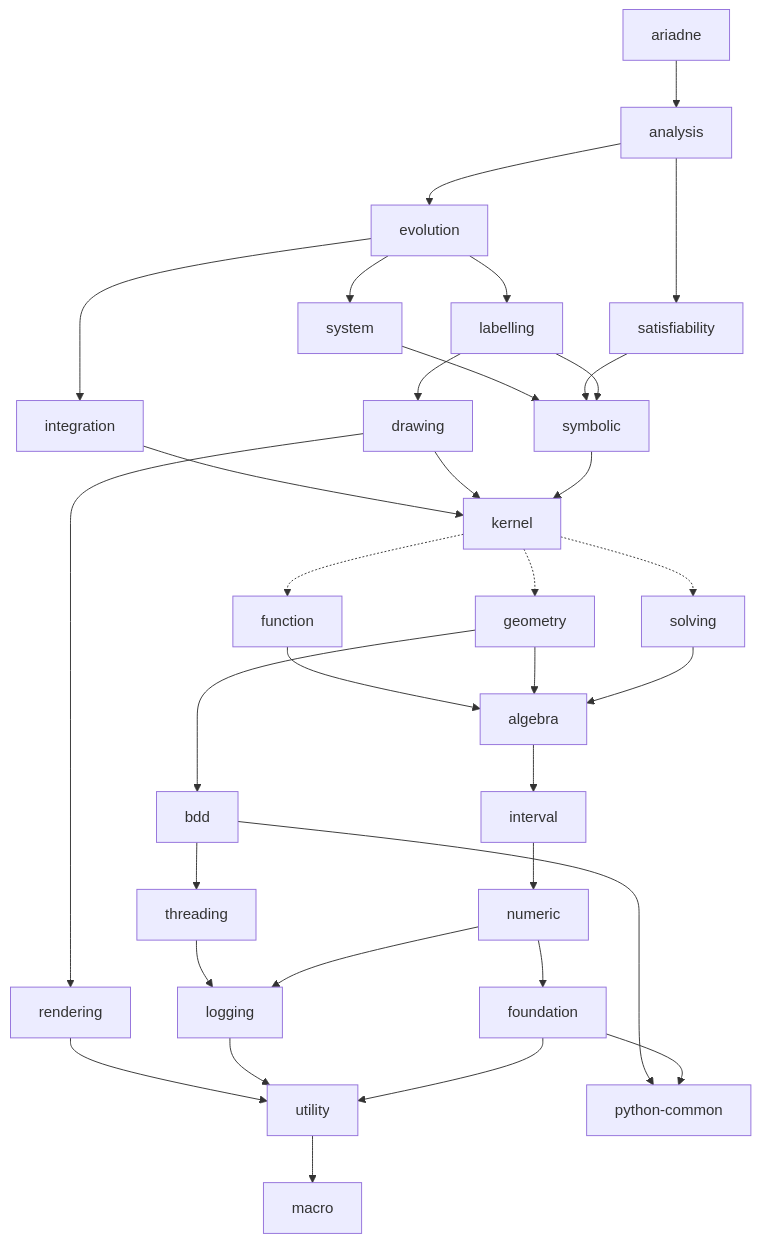
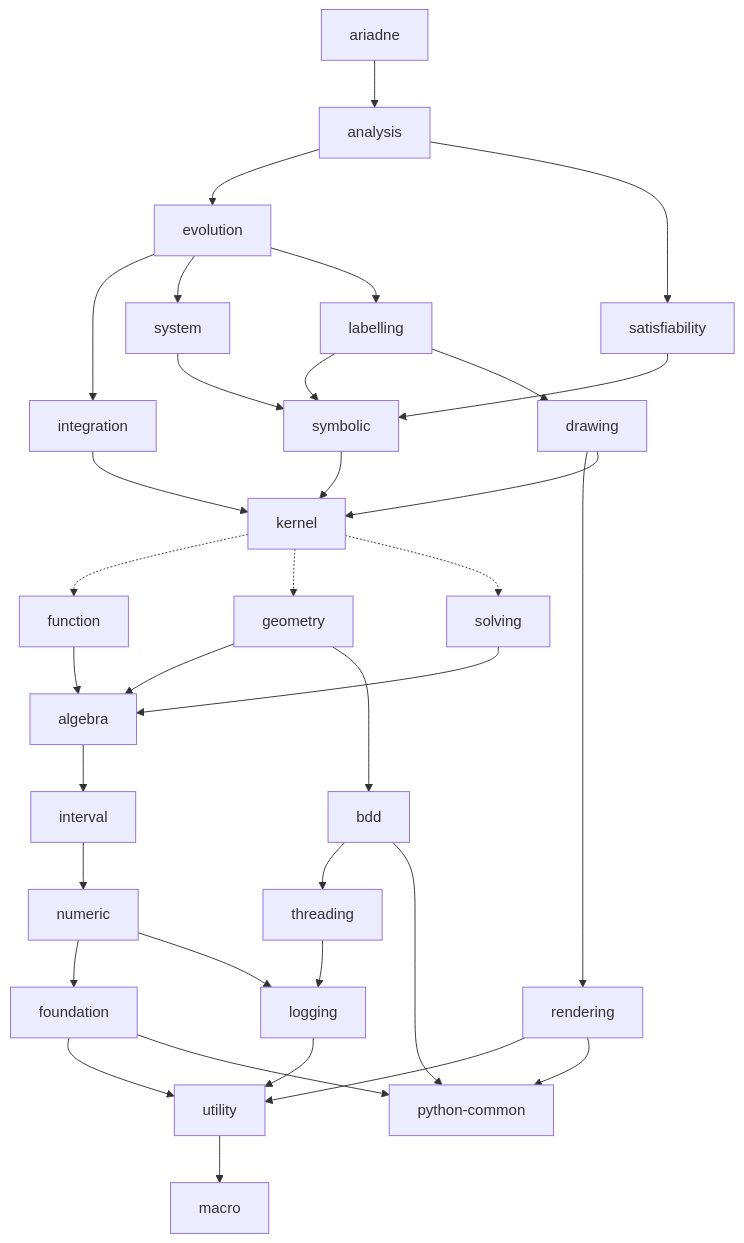
Before and after one commit to ariadne-cps/ariadne: the diagram in doc/decoupling/structure.md, drawn with Mermaid. The commit also changed other lines of this file, not shown here.

Commit message:
docs(decoupling): add python-common as rendering dependency

````diff
--- a/doc/decoupling/structure.md
+++ b/doc/decoupling/structure.md
@@ -38,50 +38,51 @@
 ```mermaid
 graph TD
     ariadne --> analysis
 
     analysis --> evolution
     analysis --> satisfiability
 
     evolution --> integration
     evolution --> system
     evolution --> labelling
 
     integration --> kernel
 
     system --> symbolic
 
     satisfiability --> symbolic
 
     labelling --> symbolic
     labelling --> drawing
 
     drawing --> rendering
     drawing --> kernel
 
     symbolic --> kernel
 
     function --> algebra
     geometry --> algebra
     solving --> algebra
     geometry --> bdd
     rendering --> utility
+    rendering --> python_common
 
     kernel -.-> function
     kernel -.-> geometry
     kernel -.-> solving
 
     bdd --> threading
     bdd --> python_common["python-common"]
 
     threading --> logging
     logging --> utility
     utility --> macro
 
     algebra --> interval
     interval --> numeric
     numeric --> foundation
     numeric --> logging
 
     foundation --> utility
     foundation --> python_common
 ```
````
